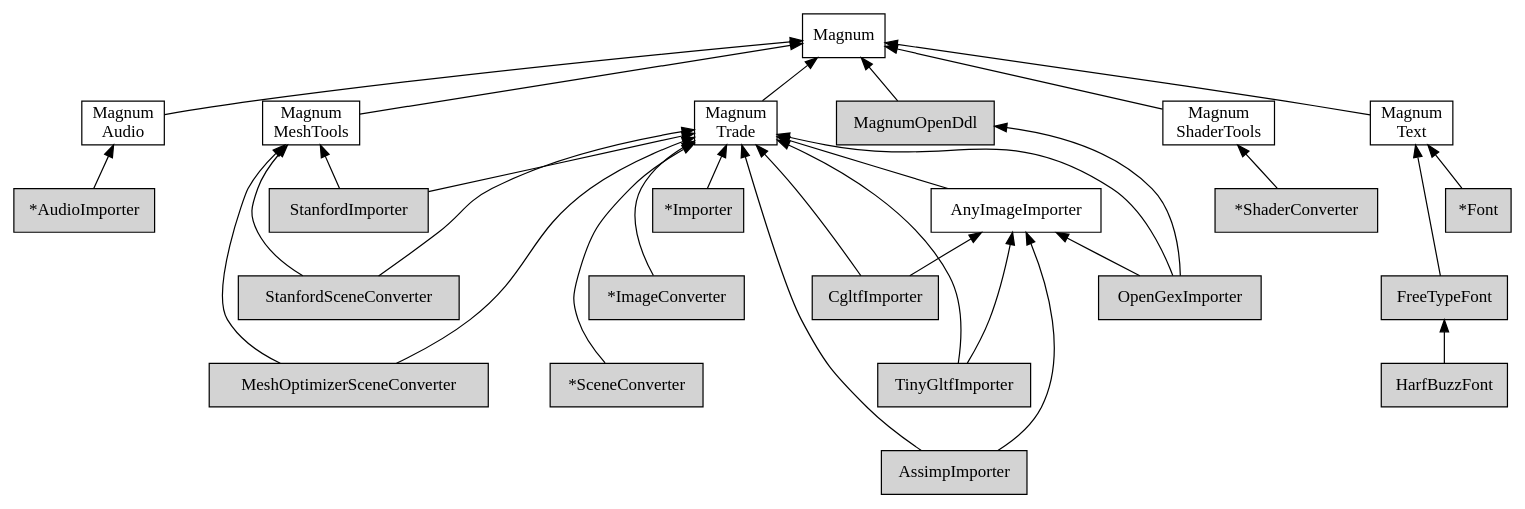
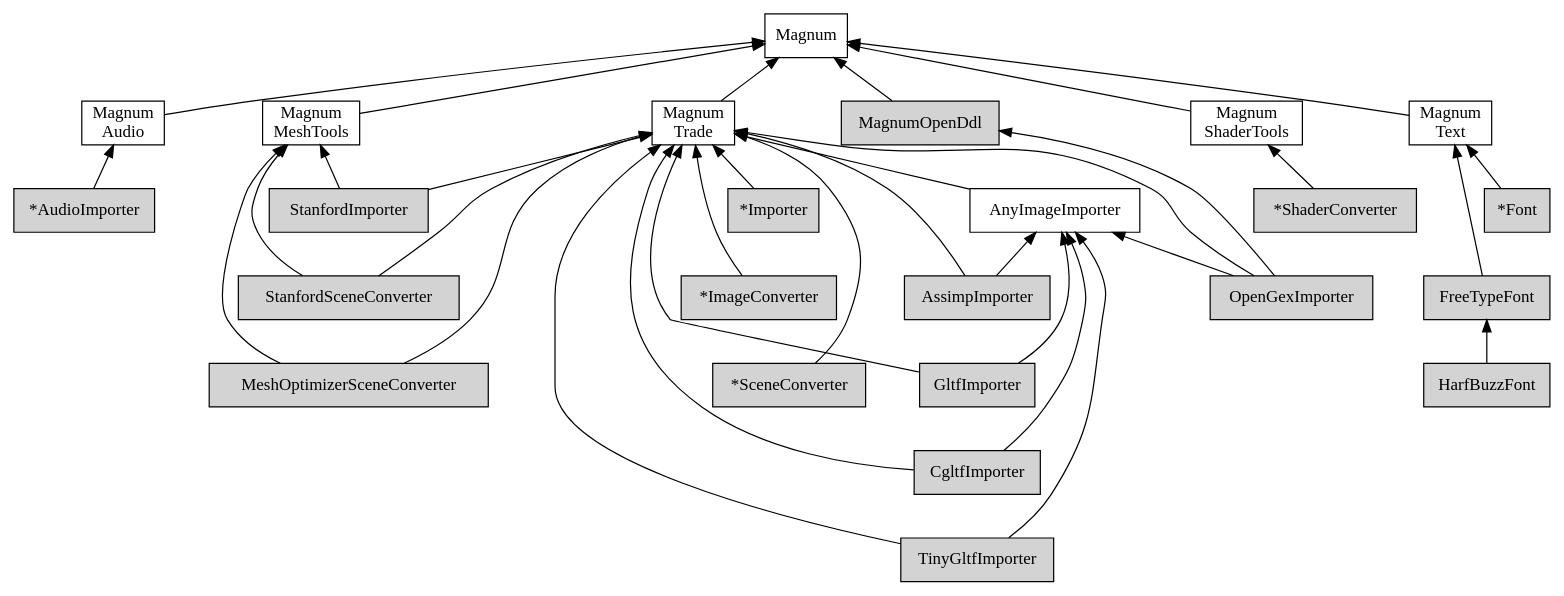
The diagram in doc/custom-buildsystems-plugins-order.dot (mosra/magnum-plugins), drawn with Graphviz before and after one commit. The commit also changed 7 other files, not shown here.

Commit message:
Clean up accidental / leftover references to CgltfImporter.

```diff
--- a/doc/custom-buildsystems-plugins-order.dot
+++ b/doc/custom-buildsystems-plugins-order.dot
@@ -1,102 +1,105 @@
 /*
     This file is part of Magnum.
 
     Copyright © 2010, 2011, 2012, 2013, 2014, 2015, 2016, 2017, 2018, 2019,
                 2020, 2021, 2022 Vladimír Vondruš <mosra@centrum.cz>
 
     Permission is hereby granted, free of charge, to any person obtaining a
     copy of this software and associated documentation files (the "Software"),
     to deal in the Software without restriction, including without limitation
     the rights to use, copy, modify, merge, publish, distribute, sublicense,
     and/or sell copies of the Software, and to permit persons to whom the
     Software is furnished to do so, subject to the following conditions:
 
     The above copyright notice and this permission notice shall be included
     in all copies or substantial portions of the Software.
 
     THE SOFTWARE IS PROVIDED "AS IS", WITHOUT WARRANTY OF ANY KIND, EXPRESS OR
     IMPLIED, INCLUDING BUT NOT LIMITED TO THE WARRANTIES OF MERCHANTABILITY,
     FITNESS FOR A PARTICULAR PURPOSE AND NONINFRINGEMENT. IN NO EVENT SHALL
     THE AUTHORS OR COPYRIGHT HOLDERS BE LIABLE FOR ANY CLAIM, DAMAGES OR OTHER
     LIABILITY, WHETHER IN AN ACTION OF CONTRACT, TORT OR OTHERWISE, ARISING
     FROM, OUT OF OR IN CONNECTION WITH THE SOFTWARE OR THE USE OR OTHER
     DEALINGS IN THE SOFTWARE.
 */
 
 digraph "Magnum Plugins dependency order" {
     rankdir=BT
     ranksep=0.5
     node [style=filled shape=rect margin="0.03,0.03"]
 
     Magnum [style=solid class="m-info"]
     MagnumAudio [style=solid label="Magnum\nAudio" class="m-info"]
     MagnumMeshTools [style=solid label="Magnum\nMeshTools" class="m-info"]
     MagnumShaderTools [style=solid label="Magnum\nShaderTools" class="m-info"]
     MagnumText [style=solid label="Magnum\nText" class="m-info"]
     MagnumTrade [style=solid label="Magnum\nTrade" class="m-info"]
 
     {rank=same MagnumAudio MagnumMeshTools MagnumText MagnumTrade}
 
     AnyImageImporter [style=solid class="m-success"]
 
     MagnumOpenDdl [class="m-info"]
 
     AudioImporter [label="*AudioImporter" class="m-success"]
     ImageConverter [label="*ImageConverter" class="m-success"]
     SceneConverter [label="*SceneConverter" class="m-success"]
     ShaderConverter [label="*ShaderConverter" class="m-success"]
     Importer [label="*Importer" class="m-success"]
     Font [label="*Font" class="m-success"]
 
     AssimpImporter [class="m-success"]
     FreeTypeFont [class="m-success"]
     HarfBuzzFont [class="m-success"]
     OpenGexImporter [class="m-success"]
-    CgltfImporter [class="m-success"]
-    TinyGltfImporter [class="m-success"]
+    GltfImporter [class="m-success"]
+    CgltfImporter [class="m-dim"]
+    TinyGltfImporter [class="m-dim"]
     MeshOptimizerSceneConverter [class="m-success"]
     StanfordImporter [class="m-success"]
     StanfordSceneConverter [class="m-success"]
 
     MagnumAudio -> Magnum [class="m-info"]
     MagnumMeshTools -> Magnum [class="m-info"]
     MagnumShaderTools -> Magnum [class="m-info"]
     MagnumText -> Magnum [class="m-info"]
     MagnumTrade -> Magnum [class="m-info"]
 
     AnyImageImporter -> MagnumTrade [class="m-success"]
 
     MagnumOpenDdl -> Magnum
 
     AudioImporter -> MagnumAudio
     ImageConverter -> MagnumTrade
     SceneConverter -> MagnumTrade
     ShaderConverter -> MagnumShaderTools
     Importer -> MagnumTrade
     Font -> MagnumText
 
     AssimpImporter -> MagnumTrade
     AssimpImporter -> AnyImageImporter
     FreeTypeFont -> MagnumText
     HarfBuzzFont -> FreeTypeFont
     OpenGexImporter -> MagnumTrade
     OpenGexImporter -> AnyImageImporter
     OpenGexImporter -> MagnumOpenDdl
-    CgltfImporter -> MagnumTrade
-    CgltfImporter -> AnyImageImporter
-    TinyGltfImporter -> MagnumTrade
-    TinyGltfImporter -> AnyImageImporter
+    GltfImporter -> MagnumTrade
+    GltfImporter -> AnyImageImporter
+    CgltfImporter -> MagnumTrade [class="m-dim"]
+    CgltfImporter -> AnyImageImporter [class="m-dim"]
+    TinyGltfImporter -> MagnumTrade [class="m-dim"]
+    TinyGltfImporter -> AnyImageImporter [class="m-dim"]
 
     StanfordImporter -> MagnumTrade
     StanfordImporter -> MagnumMeshTools
     MeshOptimizerSceneConverter -> MagnumTrade
     MeshOptimizerSceneConverter -> MagnumMeshTools
     StanfordSceneConverter -> MagnumTrade
     StanfordSceneConverter -> MagnumMeshTools
 
     /* To make the graph less wide */
     SceneConverter -> ImageConverter -> Importer [style="invis"]
-    AssimpImporter -> TinyGltfImporter -> CgltfImporter [style="invis"]
+    TinyGltfImporter -> CgltfImporter -> GltfImporter -> AssimpImporter [style="invis"]
     FreeTypeFont -> Font [style="invis"]
     MeshOptimizerSceneConverter -> StanfordSceneConverter -> StanfordImporter [style="invis"]
 }
```
